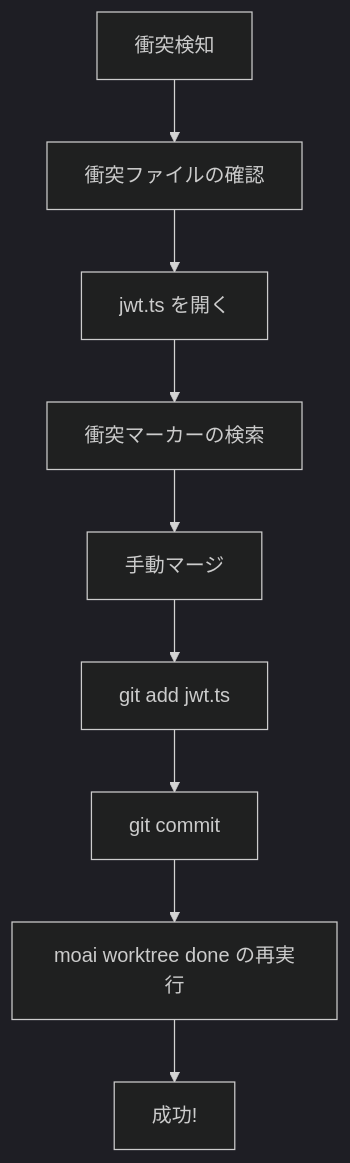
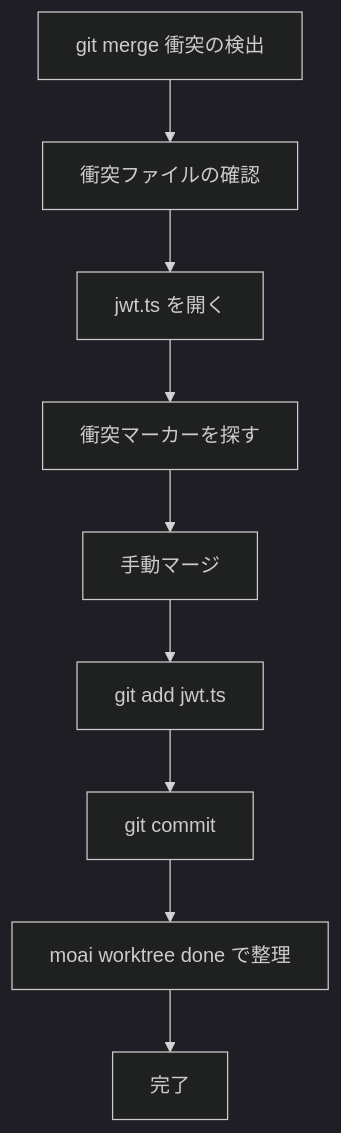
The third of 4 diagrams in mirrors/repos/modu-ai@moai-adk/docs-site/content/ja/worktree/examples.md (gabrielmoreira/agent-skills-mirror), drawn with Mermaid (dark theme) before and after one commit. The commit also changed other lines of this file and 4482 other files, not shown here.

````diff
--- a/mirrors/repos/modu-ai@moai-adk/docs-site/content/ja/worktree/examples.md
+++ b/mirrors/repos/modu-ai@moai-adk/docs-site/content/ja/worktree/examples.md
@@ -408,11 +395,11 @@
 ```mermaid
 flowchart TD
-    A[衝突検知] --> B[衝突ファイルの確認]
+    A[git merge 衝突の検出] --> B[衝突ファイルの確認]
     B --> C[jwt.ts を開く]
-    C --> D[衝突マーカーの検索]
+    C --> D[衝突マーカーを探す]
     D --> E[手動マージ]
     E --> F[git add jwt.ts]
     F --> G[git commit]
-    G --> H[moai worktree done の再実行]
-    H --> I[成功!]
+    G --> H[moai worktree done で整理]
+    H --> I[完了]
 ```
````
